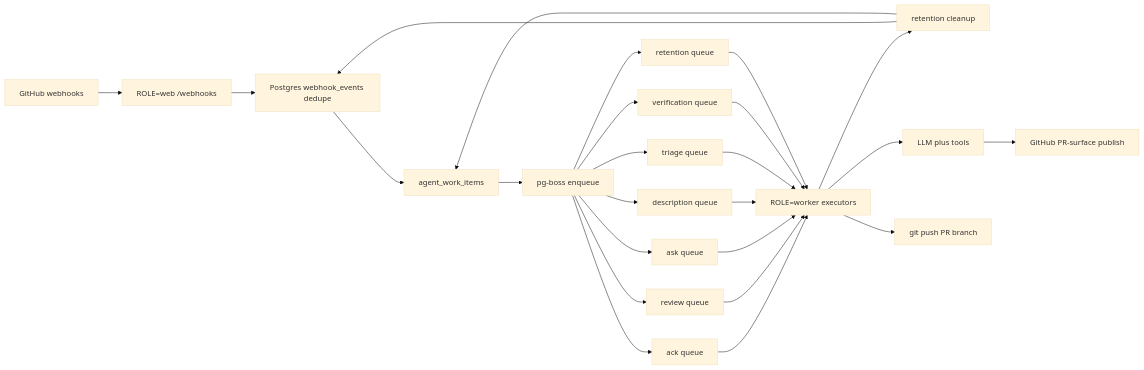
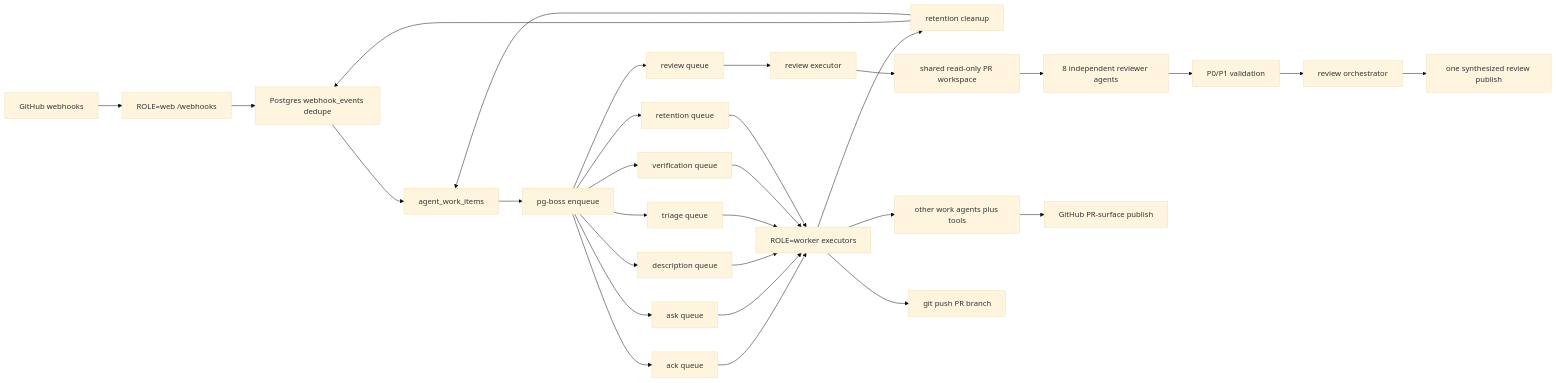
The diagram in README.md (prathamdby/pr-agent), drawn with Mermaid (base theme) before and after one commit. The commit also changed other lines of this file and 81 other files, not shown here.

````diff
--- a/README.md
+++ b/README.md
@@ -211,27 +198,32 @@
 ```mermaid
 flowchart LR
   GitHub[GitHub webhooks] --> Web["ROLE=web /webhooks"]
   Web --> Dedupe[Postgres webhook_events dedupe]
   Dedupe --> Items[agent_work_items]
   Items --> Boss[pg-boss enqueue]
   Boss --> AckQ[ack queue]
   Boss --> RevQ[review queue]
   Boss --> AskQ[ask queue]
   Boss --> DescQ[description queue]
   Boss --> TriageQ[triage queue]
   Boss --> VerifQ[verification queue]
   Boss --> RetQ[retention queue]
   AckQ --> Worker["ROLE=worker executors"]
-  RevQ --> Worker
+  RevQ --> ReviewExec[review executor]
   AskQ --> Worker
   DescQ --> Worker
   TriageQ --> Worker
   VerifQ --> Worker
   RetQ --> Worker
   Worker --> Retention[retention cleanup]
   Retention --> Dedupe
   Retention --> Items
-  Worker --> LLM[LLM plus tools]
+  ReviewExec --> Workspace[shared read-only PR workspace]
+  Workspace --> Reviewers[8 independent reviewer agents]
+  Reviewers --> Validate[P0/P1 validation]
+  Validate --> Orchestrator[review orchestrator]
+  Orchestrator --> ReviewPublish[one synthesized review publish]
+  Worker --> LLM[other work agents plus tools]
   LLM --> Publish[GitHub PR-surface publish]
   Worker --> Push[git push PR branch]
 ```
````
